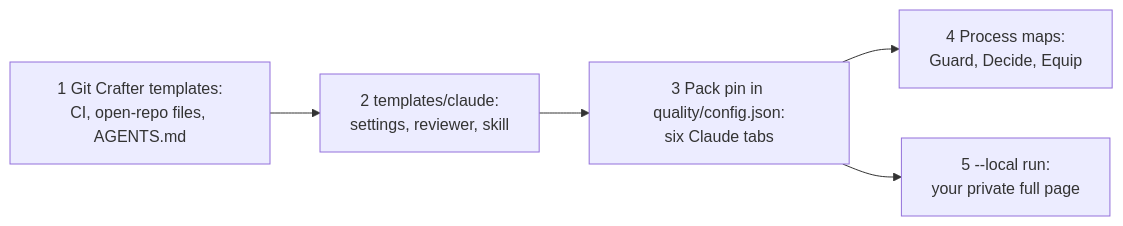
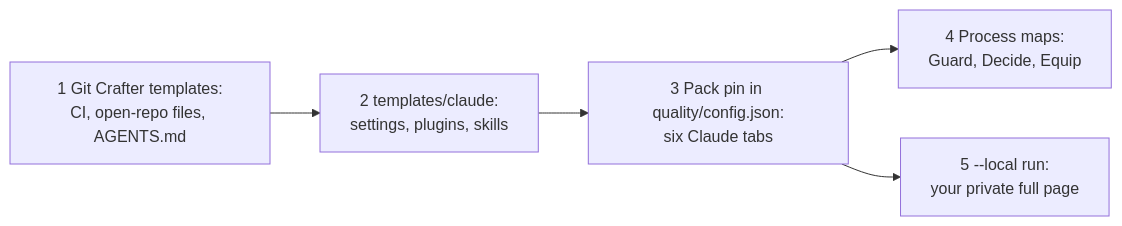
The first of 2 diagrams in README.md (Colorado-Startups/claudius), drawn with Mermaid before and after one commit. The commit also changed 12 other files, not shown here.

First line of the commit message:
Templates: Anthropic plugin set, one-way-door deny rules, a Plugins section (#54) (#55)

````diff
--- a/README.md
+++ b/README.md
@@ -13,7 +13,7 @@
 ```mermaid
 flowchart LR
-  GC[1 Git Crafter templates:<br/>CI, open-repo files, AGENTS.md] --> T[2 templates/claude:<br/>settings, reviewer, skill]
+  GC[1 Git Crafter templates:<br/>CI, open-repo files, AGENTS.md] --> T[2 templates/claude:<br/>settings, plugins, skills]
   T --> P[3 Pack pin in quality/config.json:<br/>six Claude tabs]
   P --> M[4 Process maps:<br/>Guard, Decide, Equip]
   P --> L[5 --local run:<br/>your private full page]
 ```
````
